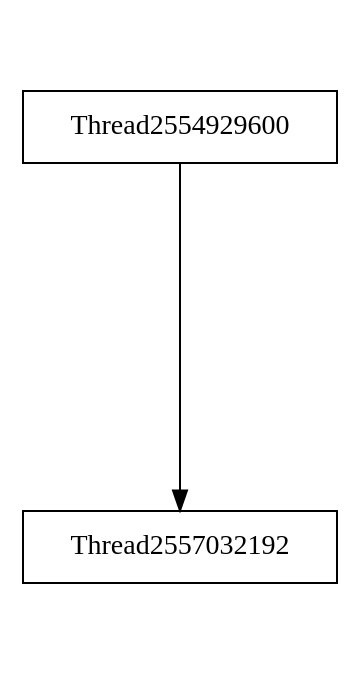
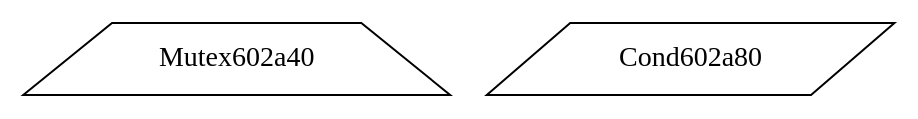
Before and after one commit to v4o6/cs410: the diagram in view/dot/graph004.dot, drawn with Graphviz. The commit also changed 200 other files, not shown here.

```diff
--- a/view/dot/graph004.dot
+++ b/view/dot/graph004.dot
@@ -1,6 +1,5 @@
 digraph G {
 graph[center=true, ratio=2];
-Thread2554929600 [shape=box,color=black];
-Thread2554929600 -> Thread2557032192 [arrowhead=normal];
-Thread2557032192 [shape=box,color=black];
+Mutex602a40 [shape=trapezium,color=black];
+Cond602a80 [shape=parallelogram,color=black];
 }
```
